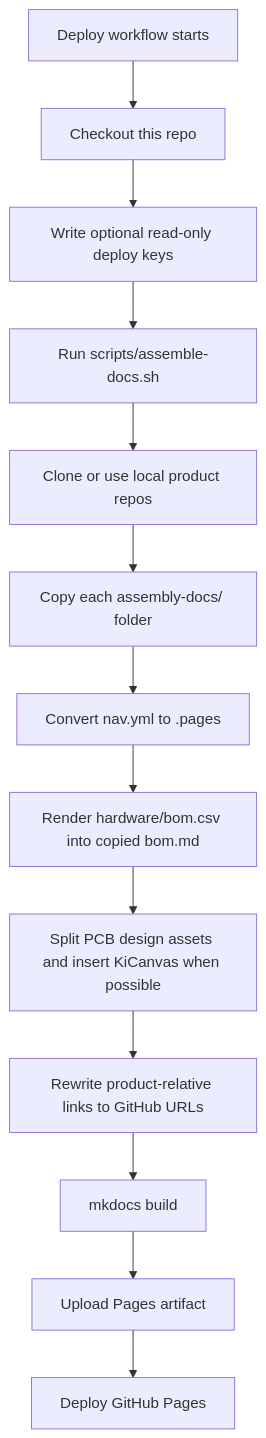
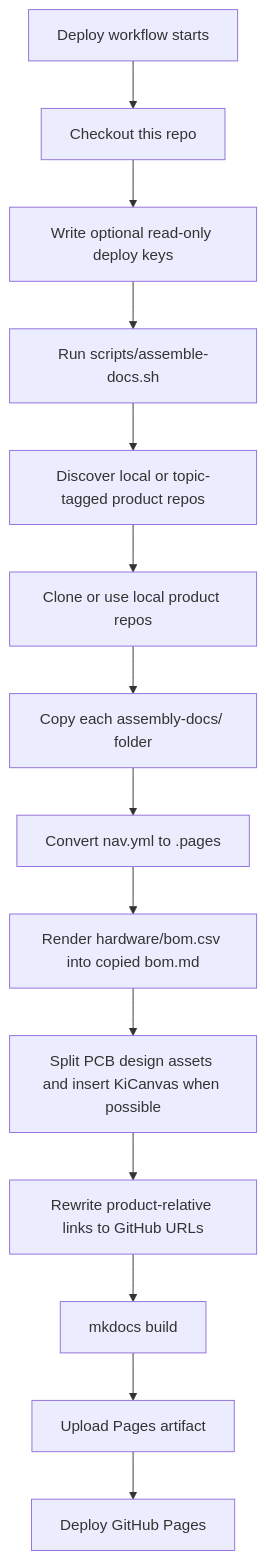
One commit to researchanddesire/assembly-docs changed the second of 5 diagrams in docs/how-this-site-works.md. Above: the diagram before and after it, drawn with Mermaid. The commit also changed other lines of this file and 59 other files, not shown here.

````diff
--- a/docs/how-this-site-works.md
+++ b/docs/how-this-site-works.md
@@ -57,20 +61,21 @@
 ```mermaid
 flowchart TD
     Start["Deploy workflow starts"]
     Checkout["Checkout this repo"]
     Keys["Write optional read-only deploy keys"]
     Assemble["Run scripts/assemble-docs.sh"]
+    Discover["Discover local or topic-tagged product repos"]
     Clone["Clone or use local product repos"]
     Copy["Copy each assembly-docs/ folder"]
     Nav["Convert nav.yml to .pages"]
     Bom["Render hardware/bom.csv into copied bom.md"]
     Pcb["Split PCB design assets and insert KiCanvas when possible"]
     Links["Rewrite product-relative links to GitHub URLs"]
     Build["mkdocs build"]
     Upload["Upload Pages artifact"]
     Publish["Deploy GitHub Pages"]
 
     Start --> Checkout --> Keys --> Assemble
-    Assemble --> Clone --> Copy --> Nav --> Bom --> Pcb --> Links
+    Assemble --> Discover --> Clone --> Copy --> Nav --> Bom --> Pcb --> Links
     Links --> Build --> Upload --> Publish
 ```
````
